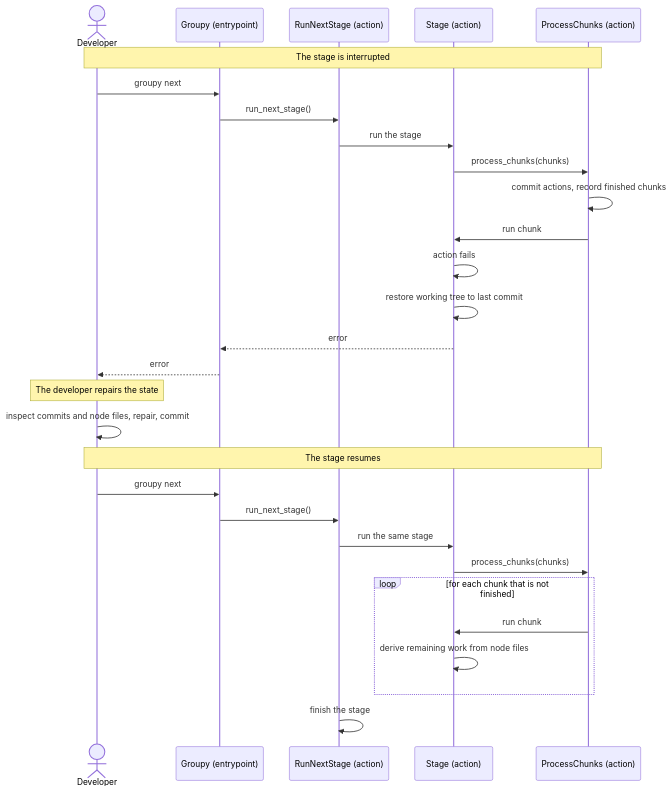
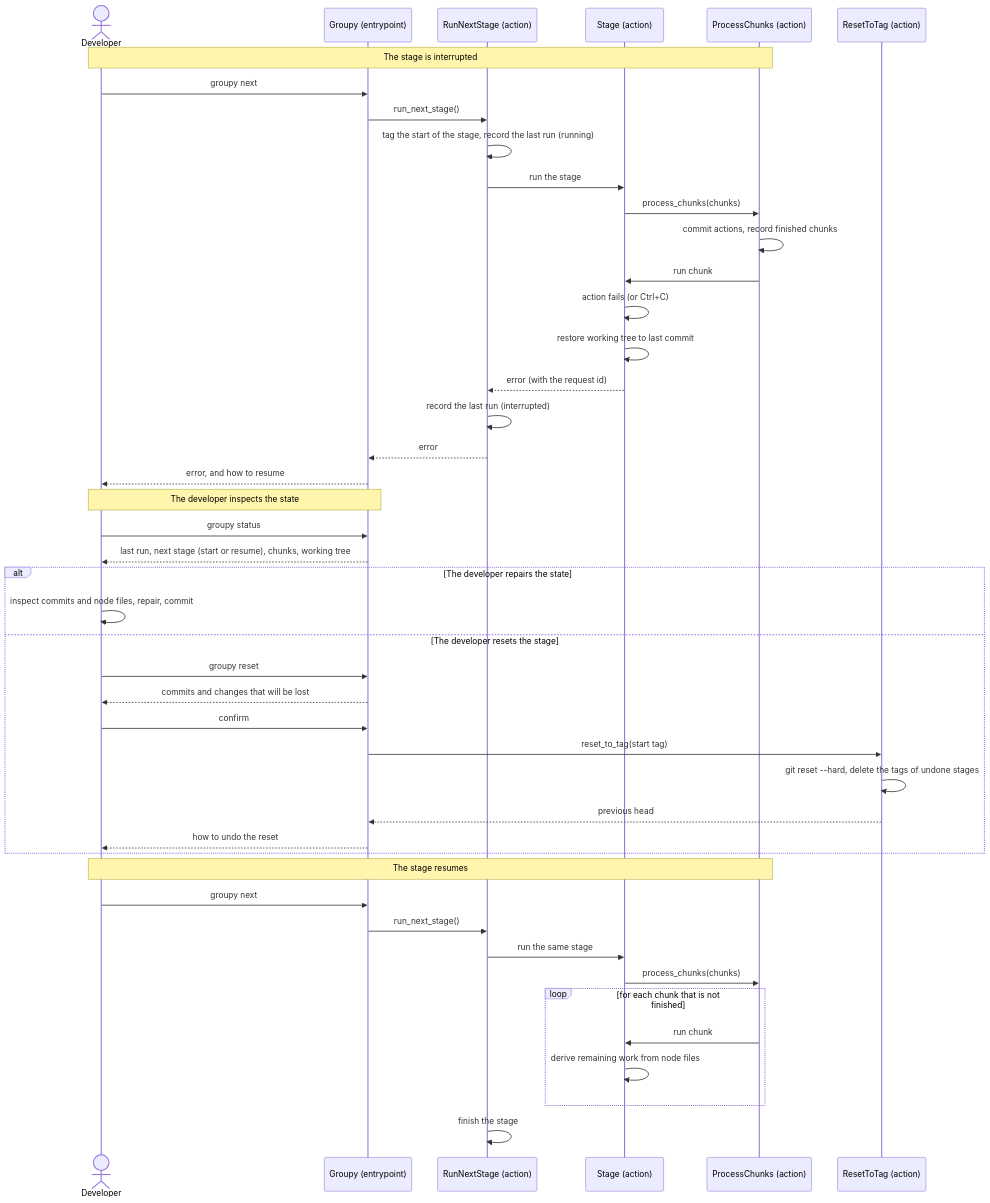
One commit to mnieber/groupy changed the diagram in doc/spec/scenarios/s03_a_developer_resumes_an_interrupted_stage.md. Above: the diagram before and after it, drawn with Mermaid. The commit also changed other lines of this file and 6 other files, not shown here.

````diff
--- a/doc/spec/scenarios/s03_a_developer_resumes_an_interrupted_stage.md
+++ b/doc/spec/scenarios/s03_a_developer_resumes_an_interrupted_stage.md
@@ -42,34 +78,51 @@
 ```mermaid
 sequenceDiagram
     actor Developer
     participant Groupy as Groupy (entrypoint)
     participant RunNextStage as RunNextStage (action)
     participant Stage as Stage (action)
     participant ProcessChunks as ProcessChunks (action)
+    participant ResetToTag as ResetToTag (action)
 
     Note over Developer,ProcessChunks: The stage is interrupted
     Developer->>Groupy: groupy next
     Groupy->>RunNextStage: run_next_stage()
+    RunNextStage->>RunNextStage: tag the start of the stage, record the last run (running)
     RunNextStage->>Stage: run the stage
     Stage->>ProcessChunks: process_chunks(chunks)
     ProcessChunks->>ProcessChunks: commit actions, record finished chunks
     ProcessChunks->>Stage: run chunk
-    Stage->>Stage: action fails
+    Stage->>Stage: action fails (or Ctrl+C)
     Stage->>Stage: restore working tree to last commit
-    Stage-->>Groupy: error
-    Groupy-->>Developer: error
+    Stage-->>RunNextStage: error (with the request id)
+    RunNextStage->>RunNextStage: record the last run (interrupted)
+    RunNextStage-->>Groupy: error
+    Groupy-->>Developer: error, and how to resume
 
-    Note over Developer: The developer repairs the state
-    Developer->>Developer: inspect commits and node files, repair, commit
+    Note over Developer,Groupy: The developer inspects the state
+    Developer->>Groupy: groupy status
+    Groupy-->>Developer: last run, next stage (start or resume), chunks, working tree
+
+    alt The developer repairs the state
+        Developer->>Developer: inspect commits and node files, repair, commit
+    else The developer resets the stage
+        Developer->>Groupy: groupy reset
+        Groupy-->>Developer: commits and changes that will be lost
+        Developer->>Groupy: confirm
+        Groupy->>ResetToTag: reset_to_tag(start tag)
+        ResetToTag->>ResetToTag: git reset --hard, delete the tags of undone stages
+        ResetToTag-->>Groupy: previous head
+        Groupy-->>Developer: how to undo the reset
+    end
 
     Note over Developer,ProcessChunks: The stage resumes
     Developer->>Groupy: groupy next
     Groupy->>RunNextStage: run_next_stage()
     RunNextStage->>Stage: run the same stage
     Stage->>ProcessChunks: process_chunks(chunks)
     loop for each chunk that is not finished
         ProcessChunks->>Stage: run chunk
         Stage->>Stage: derive remaining work from node files
     end
     RunNextStage->>RunNextStage: finish the stage
 ```
````
